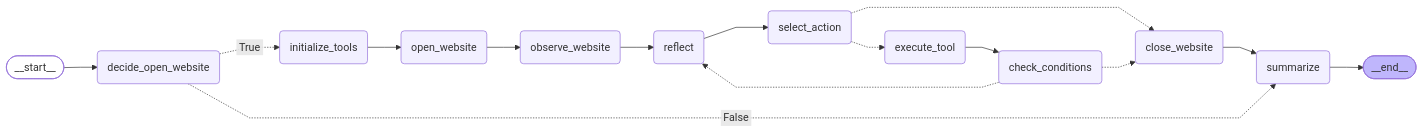
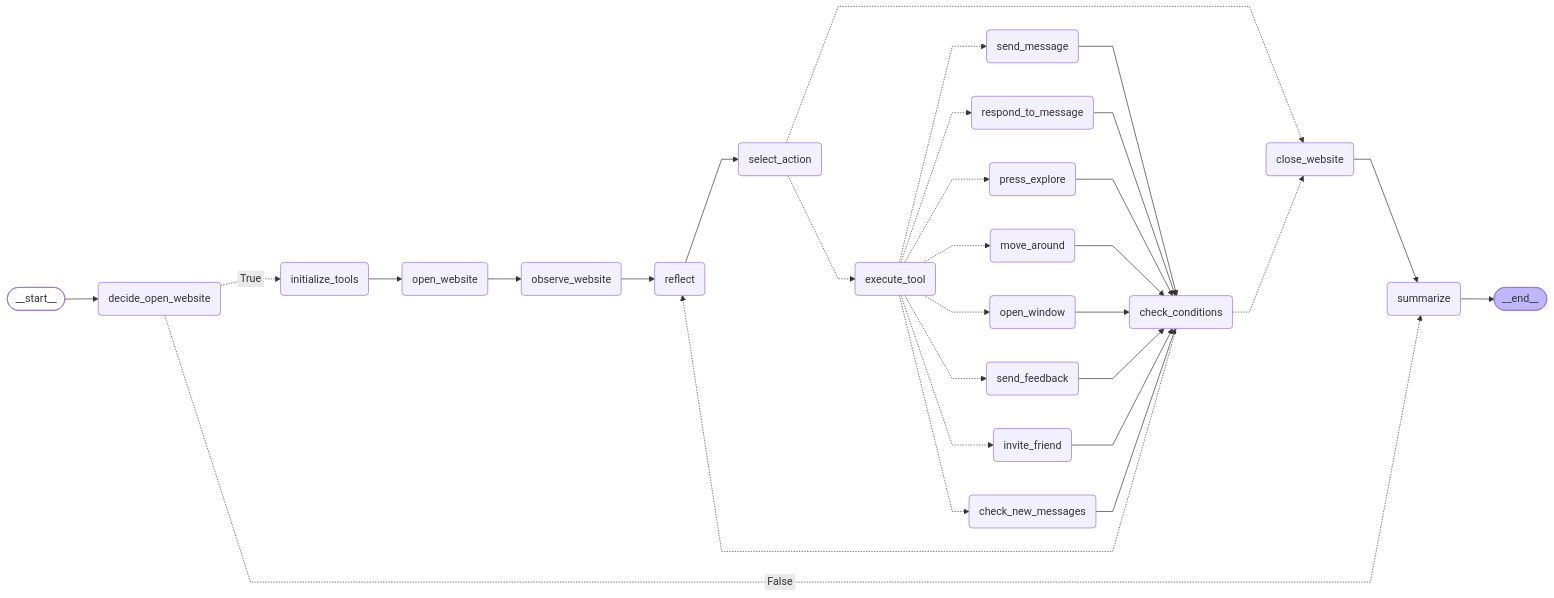
The diagram in README.md (udsey/void-walker), drawn with Mermaid before and after one commit. The commit also changed other lines of this file and 11 other files, not shown here.

````diff
--- a/README.md
+++ b/README.md
@@ -21,37 +182,61 @@
 ```mermaid
 ---
 config:
   flowchart:
     curve: linear
 ---
 graph LR;
-	__start__([<p>__start__</p>]):::first
-	check_conditions(check_conditions)
-	close_website(close_website)
-	decide_open_website(decide_open_website)
-	execute_tool(execute_tool)
-	initialize_tools(initialize_tools)
-	observe_website(observe_website)
-	open_website(open_website)
-	reflect(reflect)
-	select_action(select_action)
-	summarize(summarize)
-	__end__([<p>__end__</p>]):::last
-	__start__ --> decide_open_website;
-	check_conditions -.-> close_website;
-	check_conditions -.-> reflect;
-	close_website --> summarize;
-	decide_open_website -. &nbsp;True&nbsp; .-> initialize_tools;
-	decide_open_website -. &nbsp;False&nbsp; .-> summarize;
-	execute_tool --> check_conditions;
-	initialize_tools --> open_website;
-	observe_website --> reflect;
-	open_website --> observe_website;
-	reflect --> select_action;
-	select_action -.-> close_website;
-	select_action -.-> execute_tool;
-	summarize --> __end__;
-	classDef default fill:#f2f0ff,line-height:1.2
-	classDef first fill-opacity:0
-	classDef last fill:#bfb6fc
+    __start__([<p>__start__</p>]):::first
+check_conditions(check_conditions)
+close_website(close_website)
+decide_open_website(decide_open_website)
+execute_tool(execute_tool)
+initialize_tools(initialize_tools)
+observe_website(observe_website)
+open_website(open_website)
+reflect(reflect)
+select_action(select_action)
+summarize(summarize)
+send_message(send_message)
+respond_to_message(respond_to_message)
+press_explore(press_explore)
+move_around(move_around)
+open_window(open_window)
+send_feedback(send_feedback)
+invite_friend(invite_friend)
+check_new_messages(check_new_messages)
+    __end__([<p>__end__</p>]):::last
+    __start__ --> decide_open_website;
+check_conditions -.-> close_website;
+check_conditions -.-> reflect;
+close_website --> summarize;
+decide_open_website -. &nbsp;True&nbsp; .-> initialize_tools;
+decide_open_website -. &nbsp;False&nbsp; .-> summarize;
+execute_tool -.-> send_message;
+execute_tool -.-> respond_to_message;
+execute_tool -.-> press_explore;
+execute_tool -.-> move_around;
+execute_tool -.-> open_window;
+execute_tool -.-> send_feedback;
+execute_tool -.-> invite_friend;
+execute_tool -.-> check_new_messages;
+send_message --> check_conditions;
+respond_to_message --> check_conditions;
+press_explore --> check_conditions;
+move_around --> check_conditions;
+open_window --> check_conditions;
+send_feedback --> check_conditions;
+invite_friend --> check_conditions;
+check_new_messages --> check_conditions;
+initialize_tools --> open_website;
+observe_website --> reflect;
+open_website --> observe_website;
+reflect --> select_action;
+select_action -.-> close_website;
+select_action -.-> execute_tool;
+summarize --> __end__;
+classDef default fill:#f2f0ff,line-height:1.2
+classDef first fill-opacity:0
+classDef last fill:#bfb6fc
+
 ```
````
